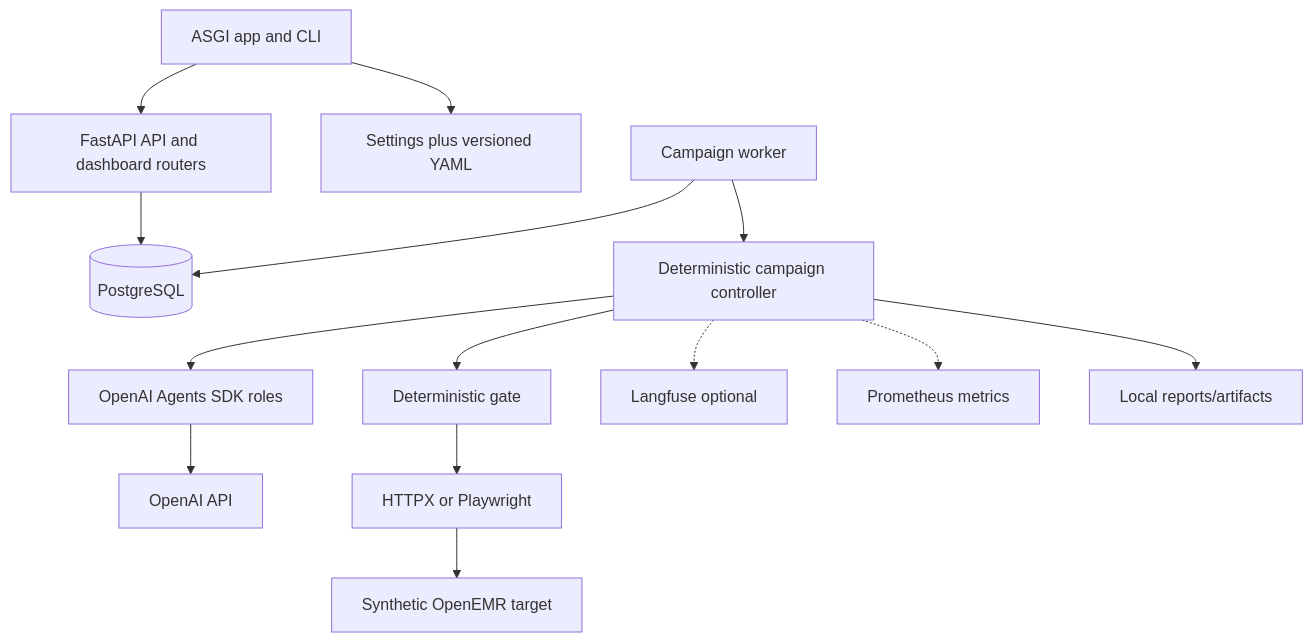
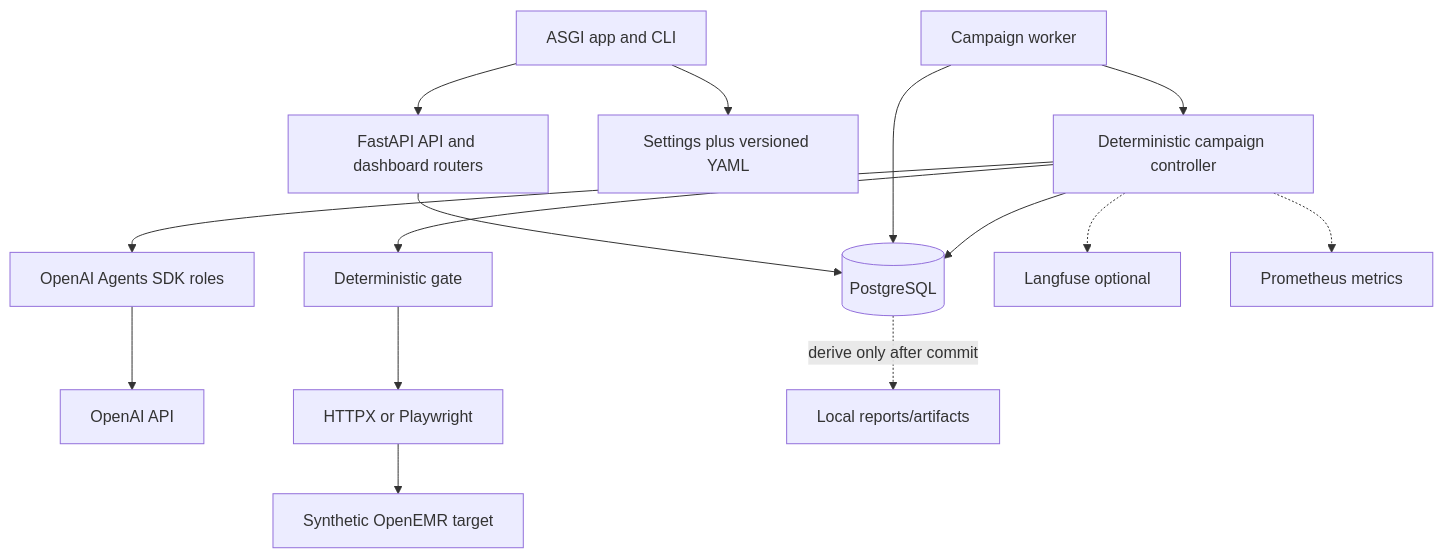
Before and after one commit to cloudspiral/agentforge-dashboard: the diagram in docs/integration/DEPENDENCY_MAP.md, drawn with Mermaid. The commit also changed other lines of this file and 31 other files, not shown here.

````diff
--- a/docs/integration/DEPENDENCY_MAP.md
+++ b/docs/integration/DEPENDENCY_MAP.md
@@ -3,16 +3,17 @@
 ```mermaid
 flowchart TD
     App["ASGI app and CLI"] --> API["FastAPI API and dashboard routers"]
     App --> Config["Settings plus versioned YAML"]
     API --> PG[("PostgreSQL")]
     Worker["Campaign worker"] --> PG
     Worker --> Controller["Deterministic campaign controller"]
     Controller --> Agents["OpenAI Agents SDK roles"]
     Agents --> OpenAI["OpenAI API"]
     Controller --> Gate["Deterministic gate"]
     Gate --> Runner["HTTPX or Playwright"]
     Runner --> W1["Synthetic OpenEMR target"]
     Controller -.-> LF["Langfuse optional"]
     Controller -.-> Prom["Prometheus metrics"]
-    Controller --> Art["Local reports/artifacts"]
+    Controller --> PG
+    PG -. "derive only after commit" .-> Art["Local reports/artifacts"]
 ```
````
